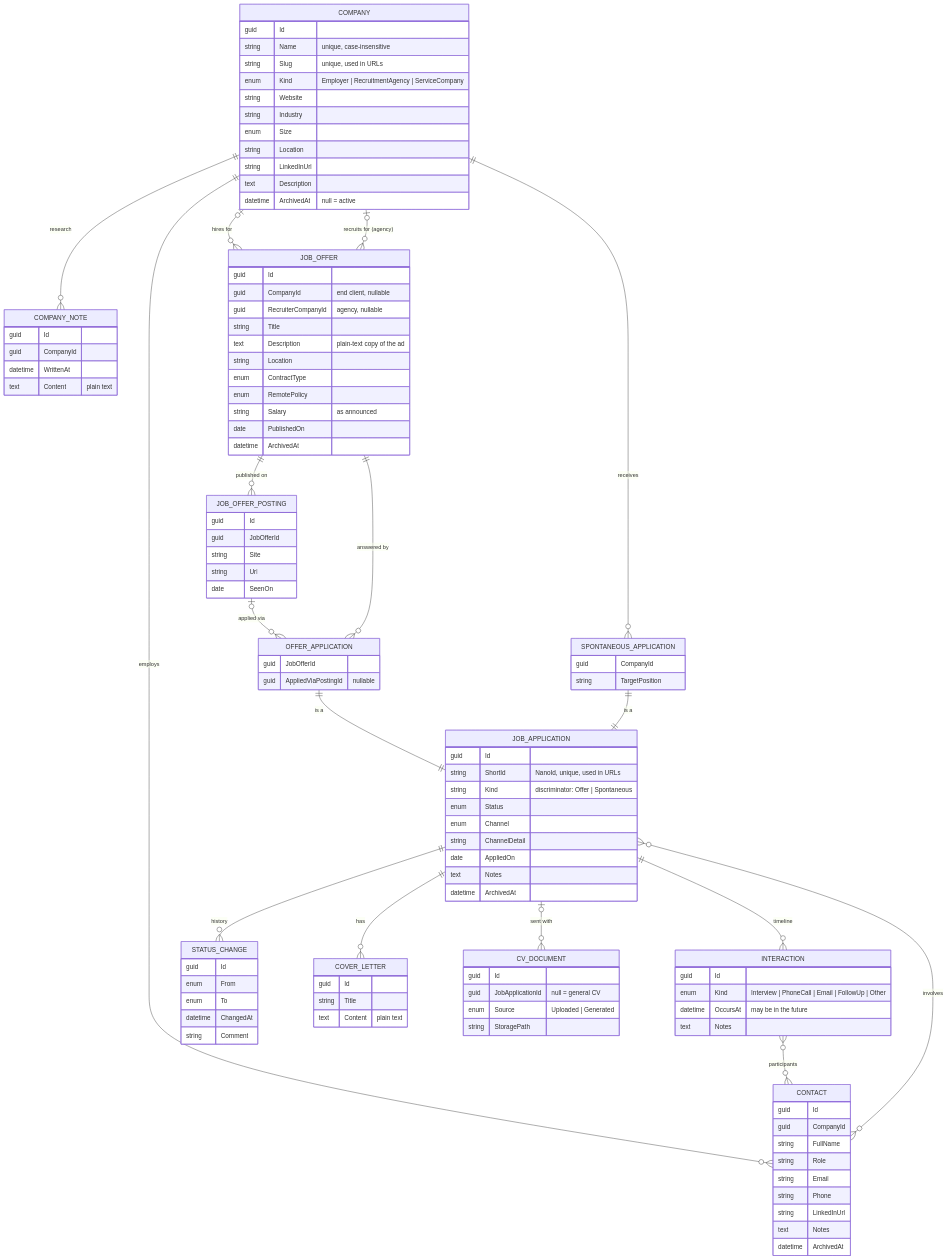
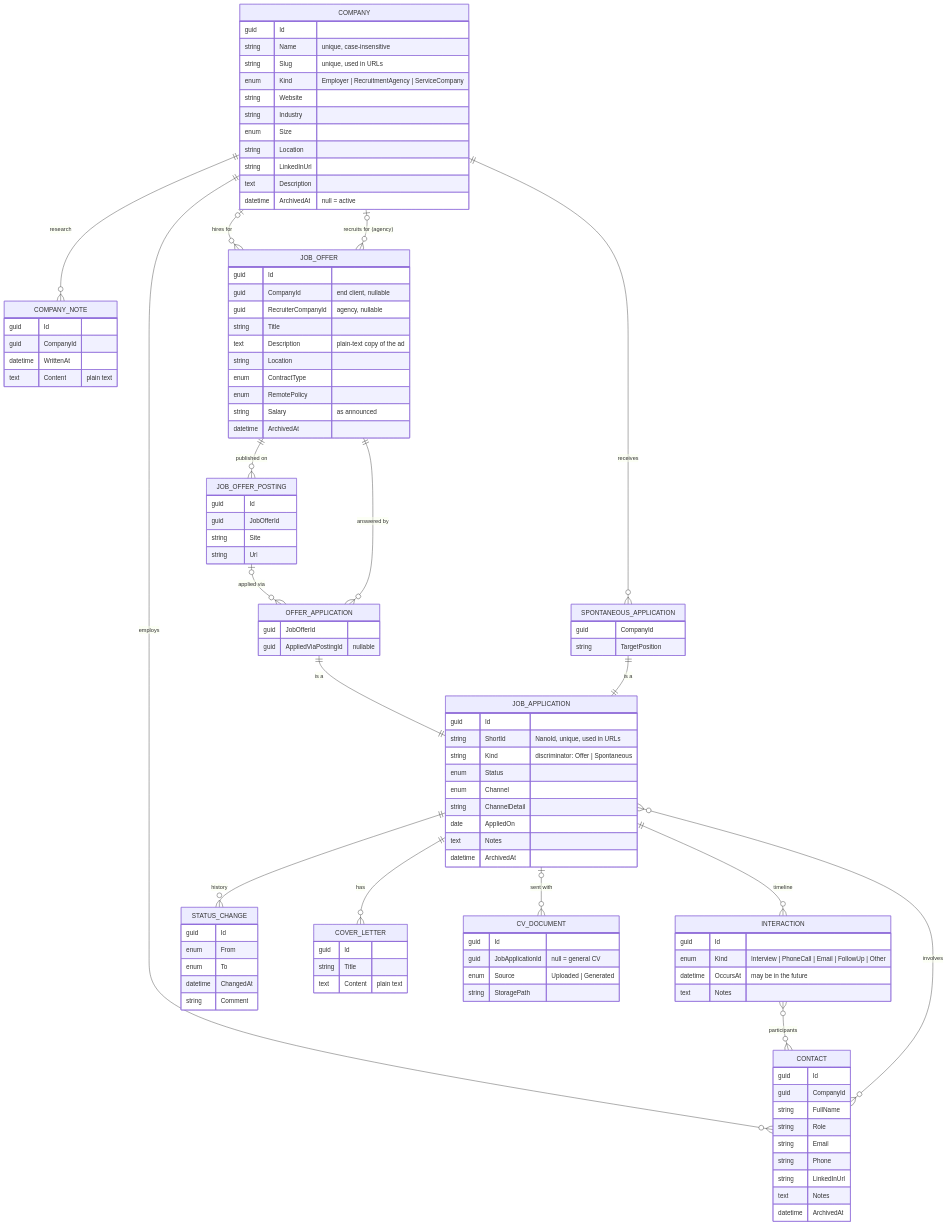
Before and after one commit to Kevin-HESSE/Ambio: the diagram in docs/data-model.md, drawn with Mermaid. The commit also changed other lines of this file and 4 other files, not shown here.

```diff
--- a/docs/data-model.md
+++ b/docs/data-model.md
@@ -67,7 +67,6 @@
         enum ContractType
         enum RemotePolicy
         string Salary "as announced"
-        date PublishedOn
         datetime ArchivedAt
     }
     JOB_OFFER_POSTING {
@@ -75,7 +74,6 @@
         guid JobOfferId
         string Site
         string Url
-        date SeenOn
     }
     JOB_APPLICATION {
         guid Id
```
